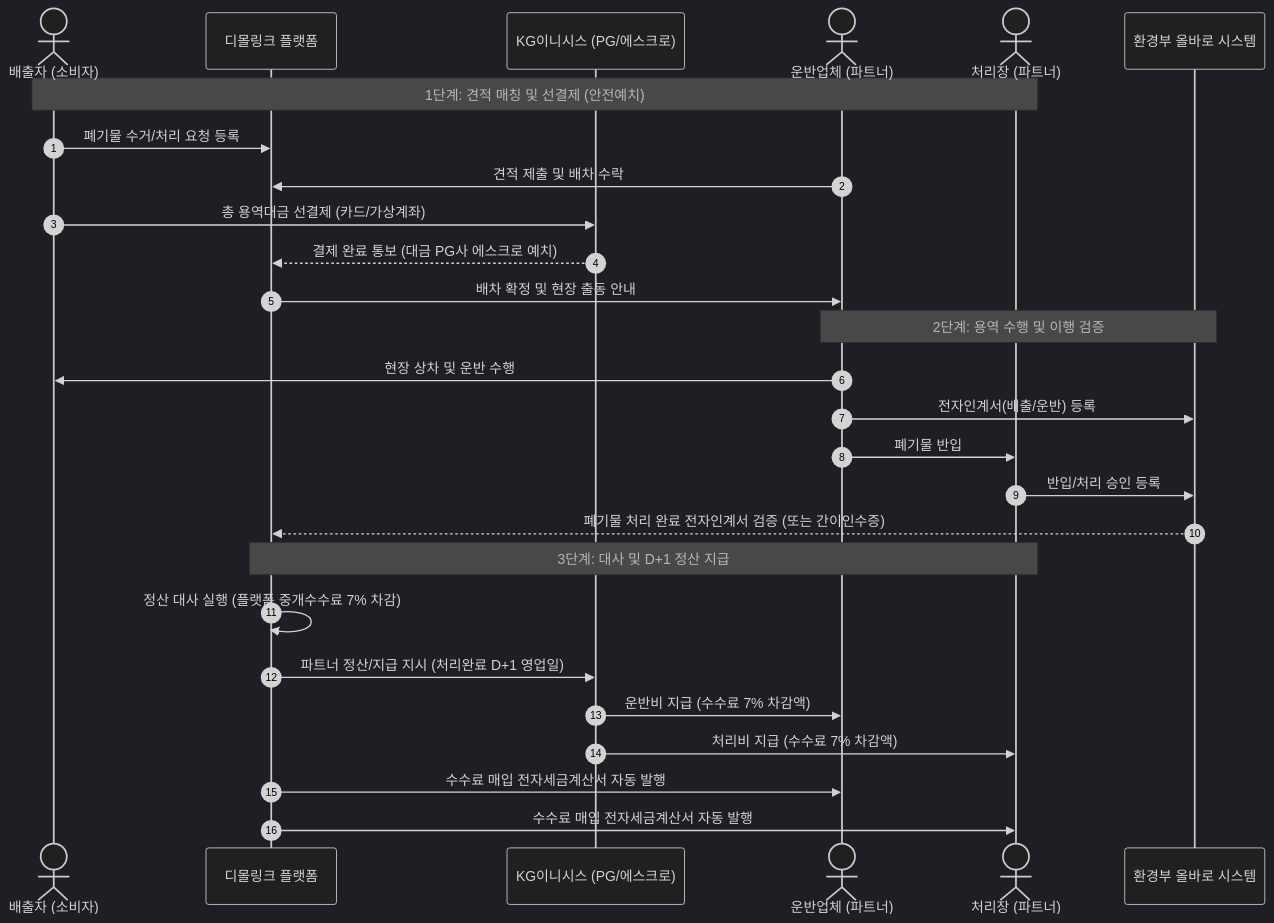
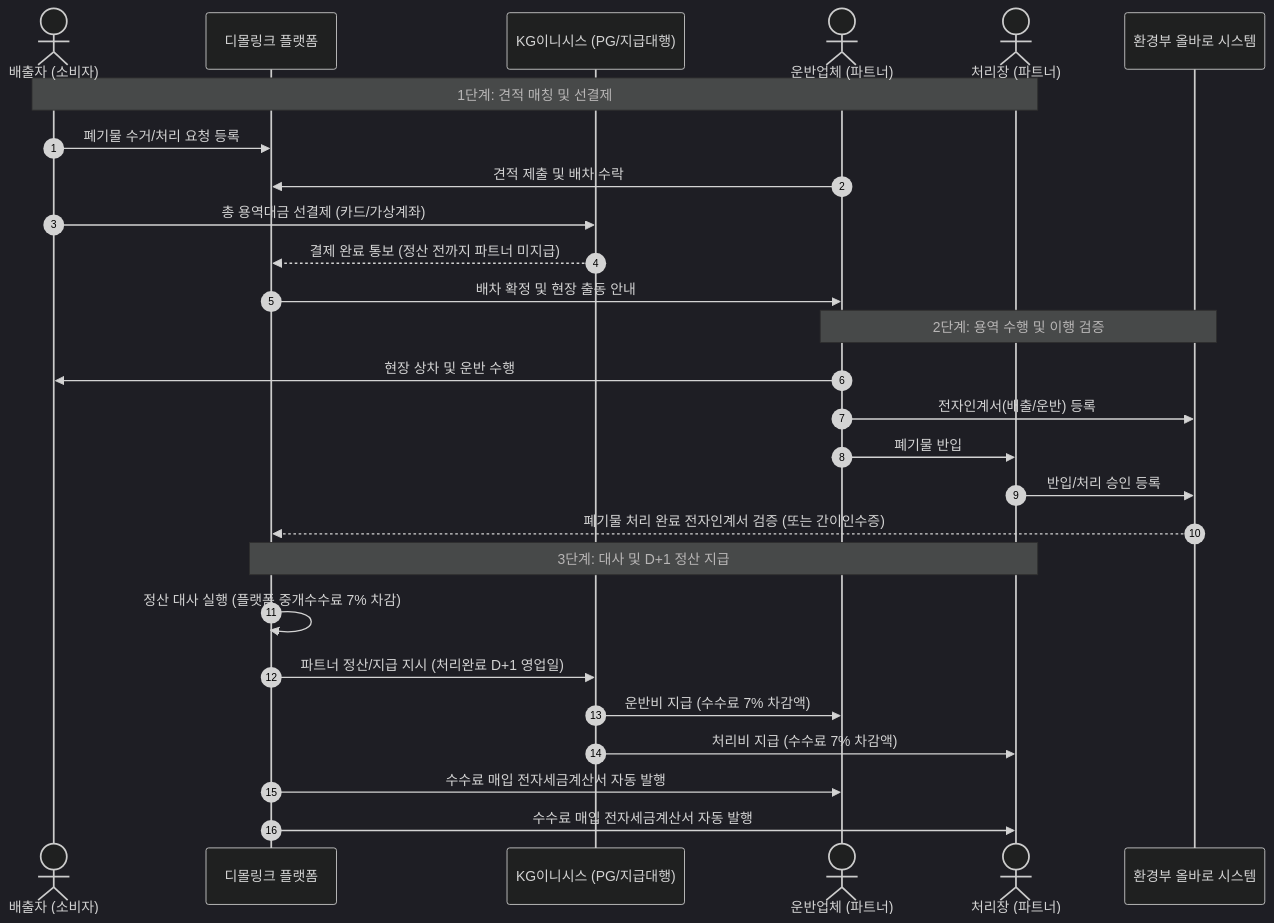
Before and after one commit to coalfire-create/dimollink: the diagram in docs/pg-submission/이니시스_소명자료_답변서.md, drawn with Mermaid (dark theme). The commit also changed other lines of this file and 15 other files, not shown here.

````diff
--- a/docs/pg-submission/이니시스_소명자료_답변서.md
+++ b/docs/pg-submission/이니시스_소명자료_답변서.md
@@ -29,32 +29,32 @@
 ```mermaid
 sequenceDiagram
     autonumber
     actor 배출자 as 배출자 (소비자)
     participant 플랫폼 as 디몰링크 플랫폼
-    participant PG as KG이니시스 (PG/에스크로)
+    participant PG as KG이니시스 (PG/지급대행)
     actor 운반 as 운반업체 (파트너)
     actor 처리장 as 처리장 (파트너)
     participant 올바로 as 환경부 올바로 시스템
 
-    Note over 배출자,처리장: 1단계: 견적 매칭 및 선결제 (안전예치)
+    Note over 배출자,처리장: 1단계: 견적 매칭 및 선결제
     배출자->>플랫폼: 폐기물 수거/처리 요청 등록
     운반->>플랫폼: 견적 제출 및 배차 수락
     배출자->>PG: 총 용역대금 선결제 (카드/가상계좌)
-    PG-->>플랫폼: 결제 완료 통보 (대금 PG사 에스크로 예치)
+    PG-->>플랫폼: 결제 완료 통보 (정산 전까지 파트너 미지급)
     플랫폼->>운반: 배차 확정 및 현장 출동 안내
 
     Note over 운반,올바로: 2단계: 용역 수행 및 이행 검증
     운반->>배출자: 현장 상차 및 운반 수행
     운반->>올바로: 전자인계서(배출/운반) 등록
     운반->>처리장: 폐기물 반입
     처리장->>올바로: 반입/처리 승인 등록
     올바로-->>플랫폼: 폐기물 처리 완료 전자인계서 검증 (또는 간이인수증)
 
     Note over 플랫폼,처리장: 3단계: 대사 및 D+1 정산 지급
     플랫폼->>플랫폼: 정산 대사 실행 (플랫폼 중개수수료 7% 차감)
     플랫폼->>PG: 파트너 정산/지급 지시 (처리완료 D+1 영업일)
     PG->>운반: 운반비 지급 (수수료 7% 차감액)
     PG->>처리장: 처리비 지급 (수수료 7% 차감액)
     플랫폼->>운반: 수수료 매입 전자세금계산서 자동 발행
     플랫폼->>처리장: 수수료 매입 전자세금계산서 자동 발행
 ```
````
